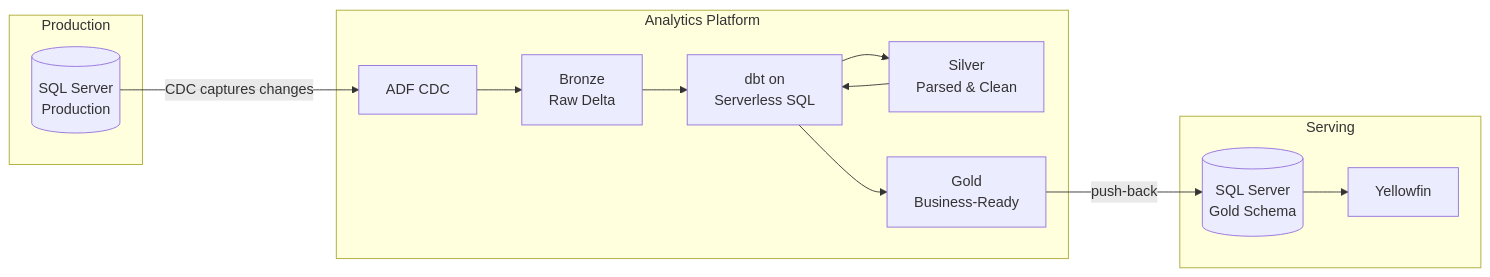
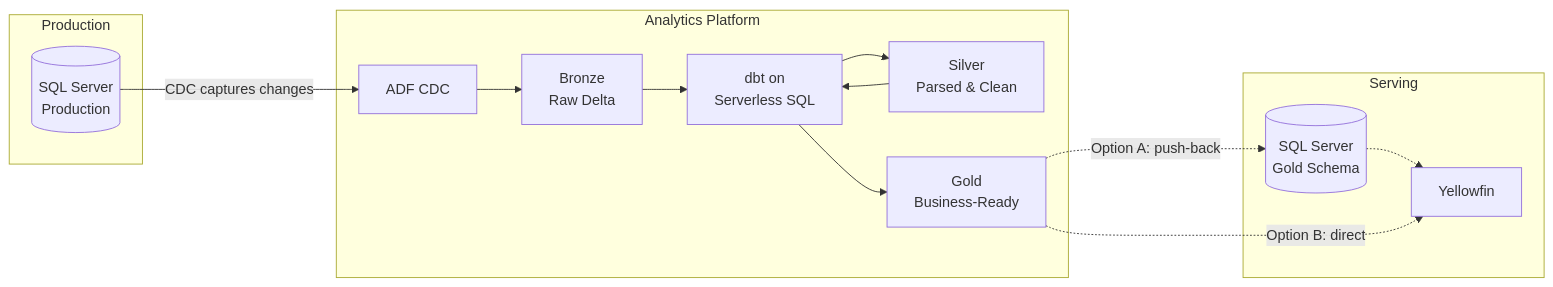
Before and after one commit to yousefzadeh/shishlik: the diagram in docs/6clicks-roadmap-cto.md, drawn with Mermaid. The commit also changed other lines of this file, not shown here.

````diff
--- a/docs/6clicks-roadmap-cto.md
+++ b/docs/6clicks-roadmap-cto.md
@@ -63,28 +63,29 @@
 ```mermaid
 flowchart LR
     subgraph Production
         SQL[(SQL Server<br/>Production)]
     end
     
     subgraph "Analytics Platform"
         CDC[ADF CDC]
         Bronze[Bronze<br/>Raw Delta]
         Silver[Silver<br/>Parsed & Clean]
         Gold[Gold<br/>Business-Ready]
         DBT[dbt on<br/>Serverless SQL]
     end
     
     subgraph Serving
         SQLG[(SQL Server<br/>Gold Schema)]
         YF[Yellowfin]
     end
     
     SQL -->|CDC captures changes| CDC
     CDC --> Bronze
     Bronze --> DBT
     DBT --> Silver
     Silver --> DBT
     DBT --> Gold
-    Gold -->|push-back| SQLG
-    SQLG --> YF
+    Gold -.->|Option A: push-back| SQLG
+    SQLG -.-> YF
+    Gold -.->|Option B: direct| YF
 ```
````
